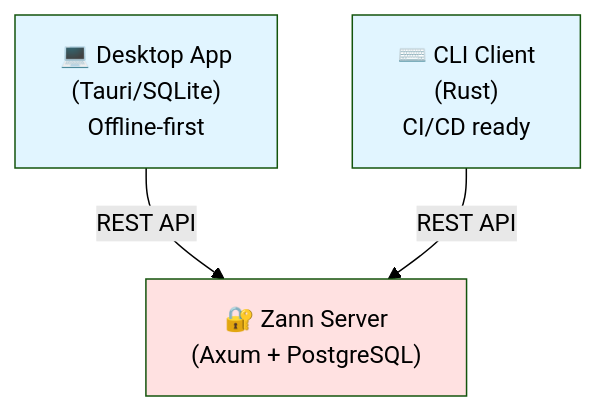
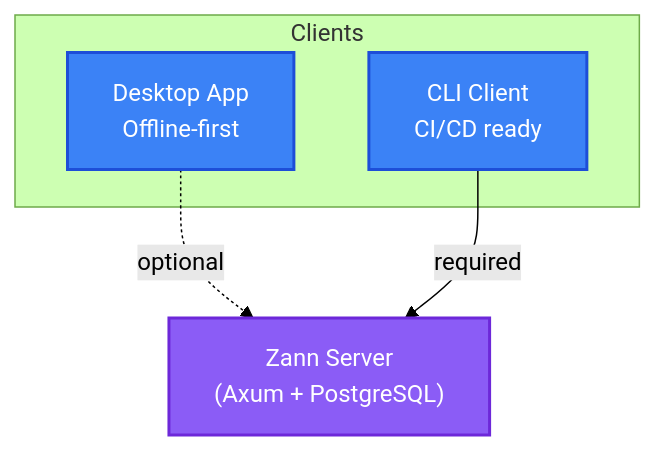
One commit to constXife/zann changed the diagram in README.md. Above: the diagram before and after it, drawn with Mermaid (forest theme). The commit also changed other lines of this file, not shown here.

````diff
--- a/README.md
+++ b/README.md
@@ -50,13 +50,18 @@
 ```mermaid
-graph TD
-    Desktop["💻 Desktop App<br/>(Tauri/SQLite)<br/>Offline-first"]
-    CLI["⌨️ CLI Client<br/>(Rust)<br/>CI/CD ready"]
-    Server["🔐 Zann Server<br/>(Axum + PostgreSQL)"]
+flowchart TB
+    subgraph Clients["Clients"]
+        Desktop["Desktop App<br/>Offline-first"]
+        CLI["CLI Client<br/>CI/CD ready"]
+    end
 
-    Desktop -->|REST API| Server
-    CLI -->|REST API| Server
+    Server["Zann Server<br/>(Axum + PostgreSQL)"]
 
-    style Desktop fill:#e1f5ff
-    style CLI fill:#e1f5ff
-    style Server fill:#ffe1e1
+    Desktop -.->|optional| Server
+    CLI -->|required| Server
+
+    classDef clientBox fill:#3b82f6,stroke:#1d4ed8,stroke-width:2px,color:#fff
+    classDef serverBox fill:#8b5cf6,stroke:#6d28d9,stroke-width:2px,color:#fff
+
+    class Desktop,CLI clientBox
+    class Server serverBox
 ```
````
